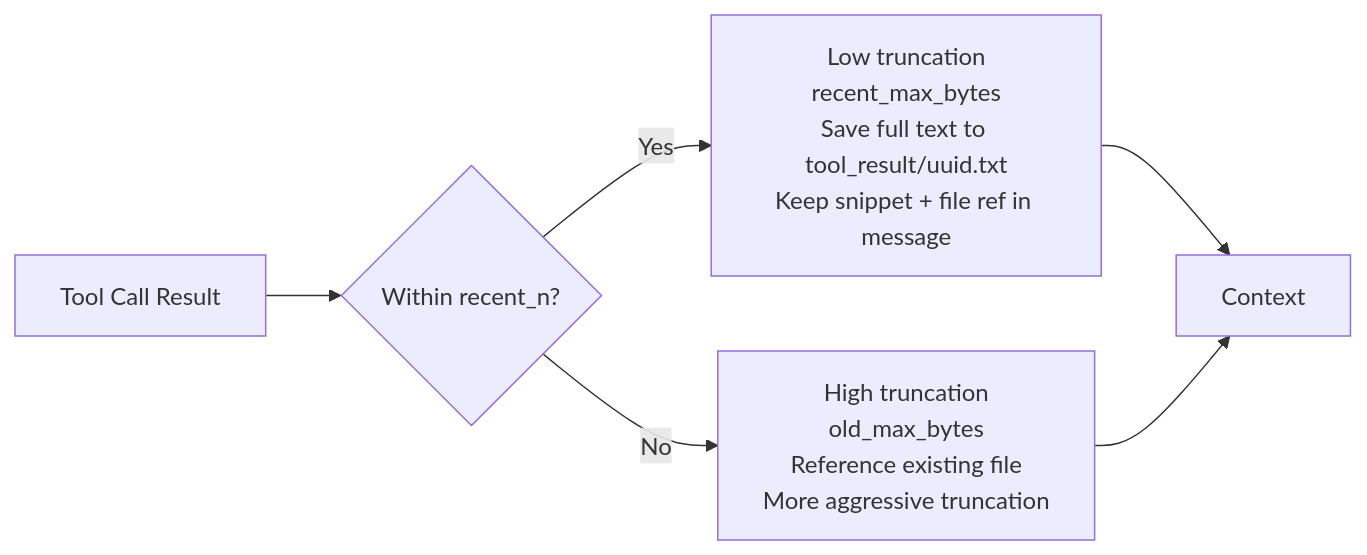
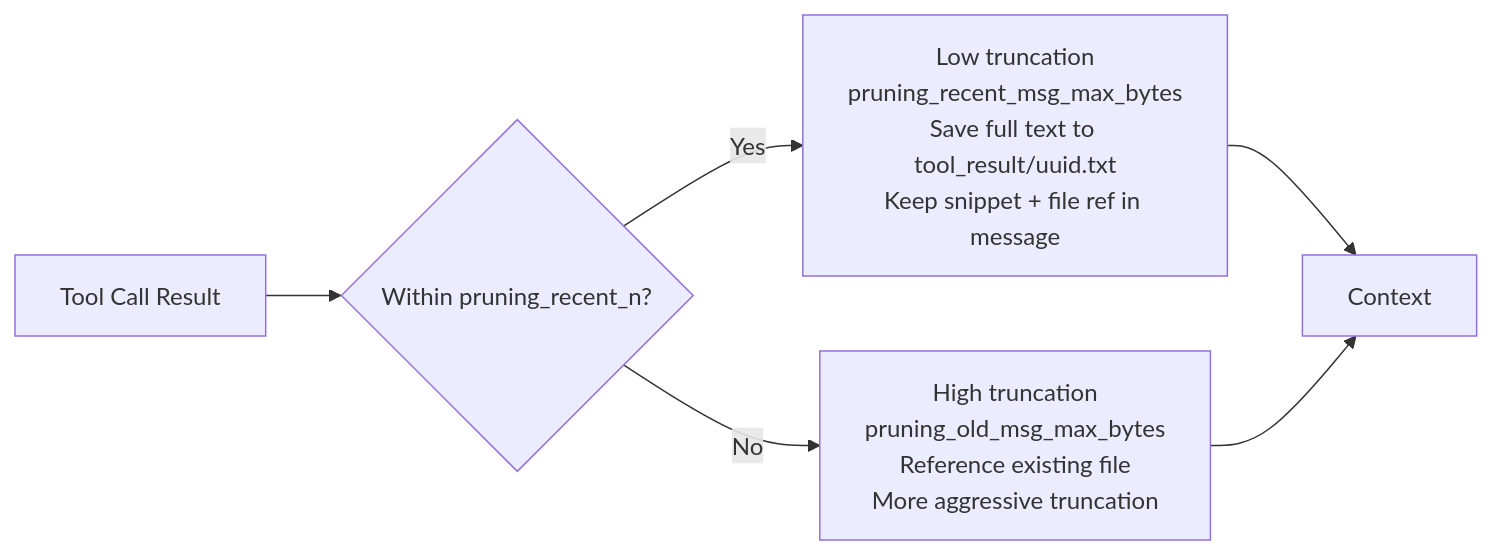
The sixth of 9 diagrams in website/public/docs/context.en.md (agentscope-ai/QwenPaw), drawn with Mermaid before and after one commit. The commit also changed other lines of this file and 18 other files, not shown here.

````diff
--- a/website/public/docs/context.en.md
+++ b/website/public/docs/context.en.md
@@ -153,8 +153,8 @@
 ```mermaid
 flowchart LR
-    A[Tool Call Result] --> B{Within recent_n?}
-    B -->|Yes| C[Low truncation<br>recent_max_bytes<br>Save full text to tool_result/uuid.txt<br>Keep snippet + file ref in message]
-    B -->|No| D[High truncation<br>old_max_bytes<br>Reference existing file<br>More aggressive truncation]
+    A[Tool Call Result] --> B{Within pruning_recent_n?}
+    B -->|Yes| C[Low truncation<br>pruning_recent_msg_max_bytes<br>Save full text to tool_result/uuid.txt<br>Keep snippet + file ref in message]
+    B -->|No| D[High truncation<br>pruning_old_msg_max_bytes<br>Reference existing file<br>More aggressive truncation]
     C --> E[Context]
     D --> E
 ```
````
